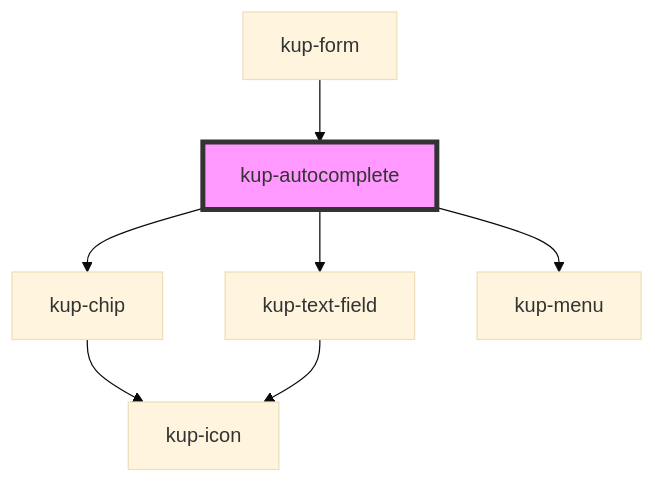
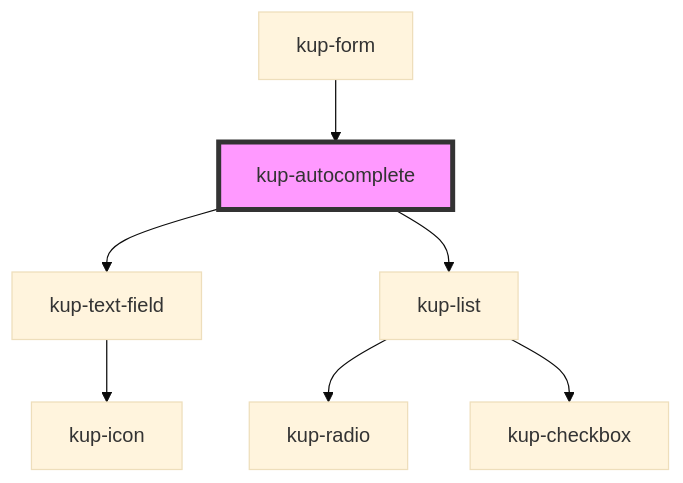
Before and after one commit to smeup/ketchup: the diagram in packages/ketchup/src/components/kup-autocomplete/readme.md, drawn with Mermaid (base theme). The commit also changed other lines of this file and 32 other files, not shown here.

````diff
--- a/packages/ketchup/src/components/kup-autocomplete/readme.md
+++ b/packages/ketchup/src/components/kup-autocomplete/readme.md
@@ -65,10 +49,10 @@
 ```mermaid
 graph TD;
-  kup-autocomplete --> kup-chip
   kup-autocomplete --> kup-text-field
-  kup-autocomplete --> kup-menu
-  kup-chip --> kup-icon
+  kup-autocomplete --> kup-list
   kup-text-field --> kup-icon
+  kup-list --> kup-radio
+  kup-list --> kup-checkbox
   kup-form --> kup-autocomplete
   style kup-autocomplete fill:#f9f,stroke:#333,stroke-width:4px
 ```
````
